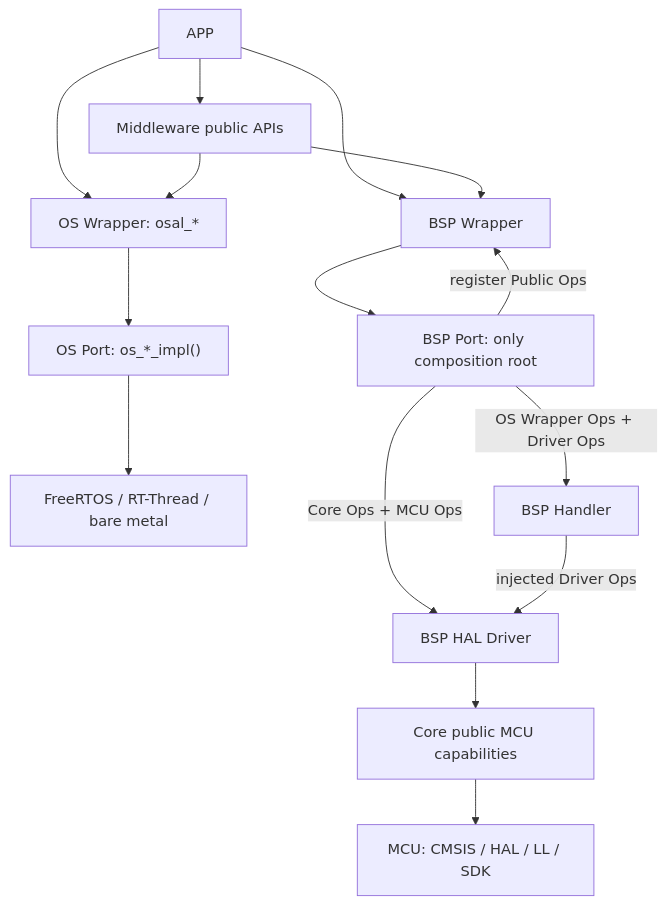
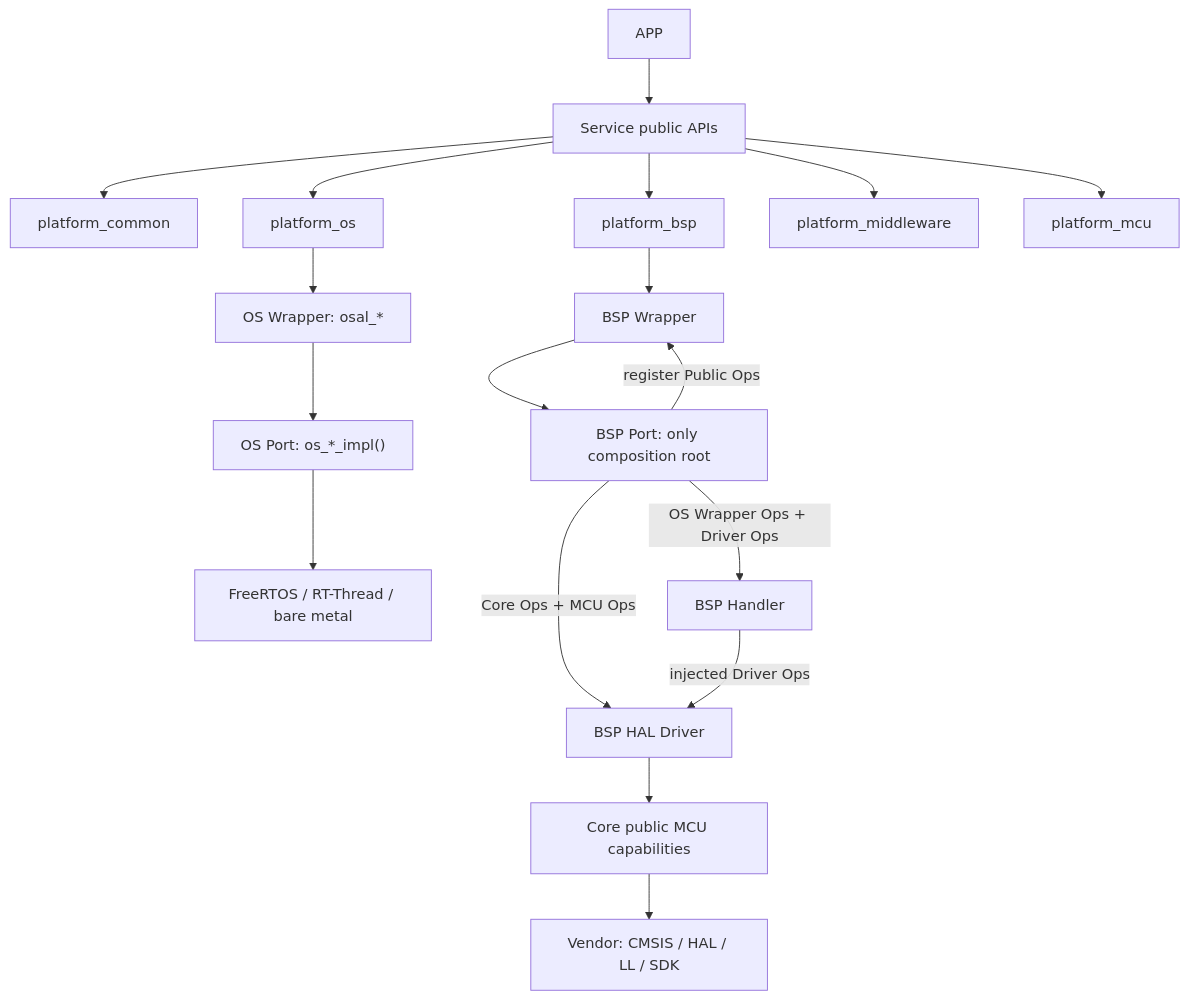
One commit to shuai-yemao/mcu-workbench changed the diagram in skills/workflow/workflow-review-gate/references/software-architecture-knowledge-graph.md. Above: the diagram before and after it, drawn with Mermaid. The commit also changed other lines of this file and 22 other files, not shown here.

Commit message:
docs(architecture): 统一嵌入式插件调用链

````diff
--- a/skills/workflow/workflow-review-gate/references/software-architecture-knowledge-graph.md
+++ b/skills/workflow/workflow-review-gate/references/software-architecture-knowledge-graph.md
@@ -7,17 +7,20 @@
 ```mermaid
 flowchart TD
-    APP["APP"] --> OW["OS Wrapper: osal_*"]
-    APP --> BW["BSP Wrapper"]
-    APP --> MID["Middleware public APIs"]
-    MID --> OW
-    MID --> BW
+    APP["APP"] --> SERVICE["Service public APIs"]
+    SERVICE --> PC["platform_common"]
+    SERVICE --> PO["platform_os"]
+    SERVICE --> PB["platform_bsp"]
+    SERVICE --> PM["platform_middleware"]
+    SERVICE --> MCU["platform_mcu"]
+    PO --> OW["OS Wrapper: osal_*"]
+    PB --> BW["BSP Wrapper"]
     OW --> OP["OS Port: os_*_impl()"]
     OP --> RT["FreeRTOS / RT-Thread / bare metal"]
     BW --> BP["BSP Port: only composition root"]
     BP -->|"Core Ops + MCU Ops"| BD["BSP HAL Driver"]
     BP -->|"OS Wrapper Ops + Driver Ops"| BH["BSP Handler"]
     BP -->|"register Public Ops"| BW
     BH -->|"injected Driver Ops"| BD
     BD --> CORE["Core public MCU capabilities"]
-    CORE --> MCU["MCU: CMSIS / HAL / LL / SDK"]
+    CORE --> VENDOR["Vendor: CMSIS / HAL / LL / SDK"]
 ```
````
